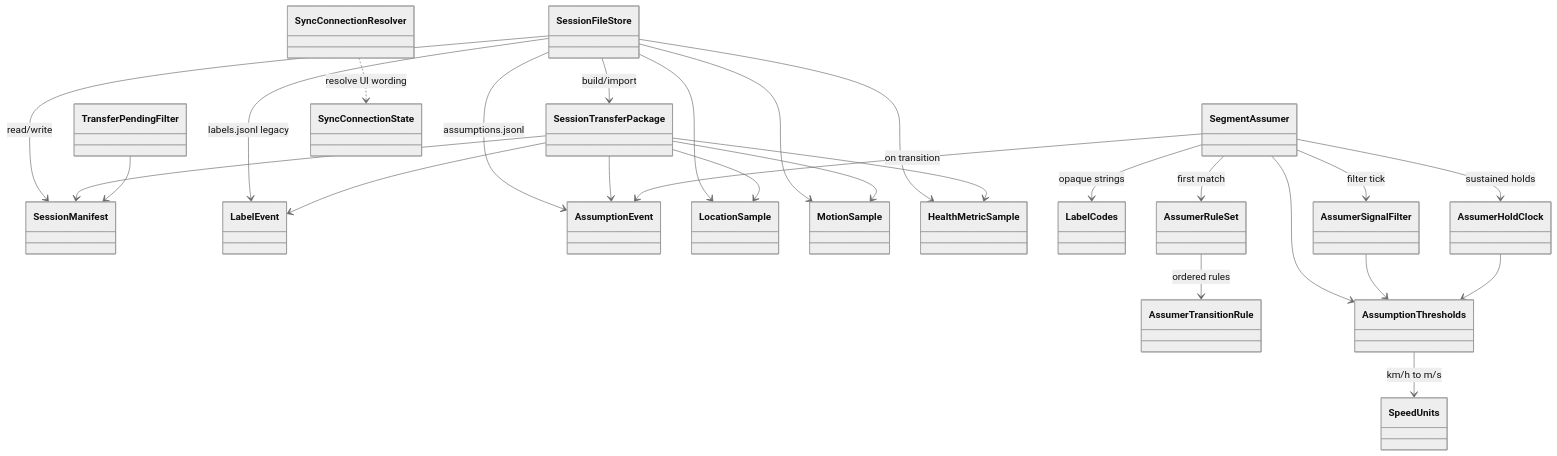
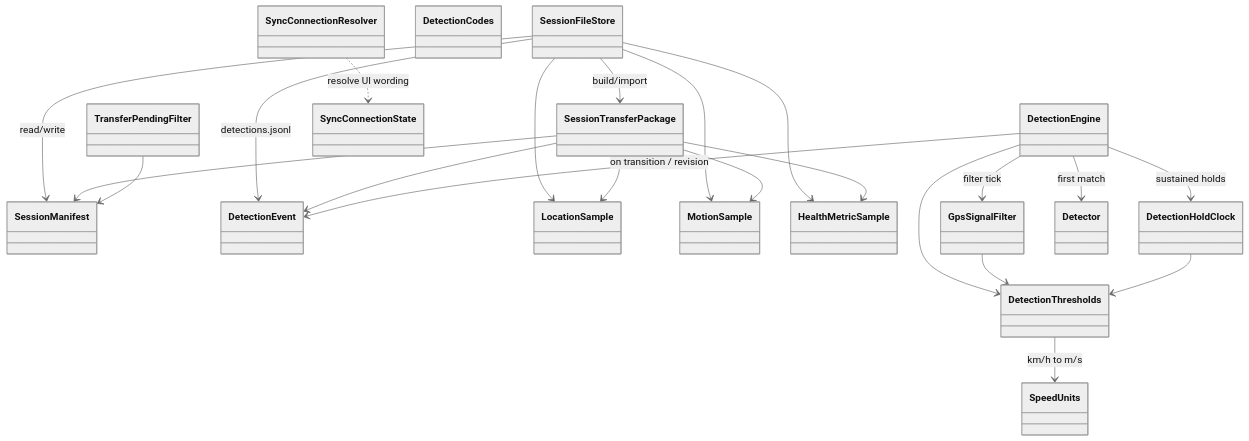
The first of 3 diagrams in RpplCore/DESIGN.md (DCSBL/rppl), drawn with Mermaid (neutral theme) before and after one commit. The commit also changed other lines of this file and 33 other files, not shown here.

````diff
--- a/RpplCore/DESIGN.md
+++ b/RpplCore/DESIGN.md
@@ -9,52 +9,46 @@
 ```mermaid
 classDiagram
   direction TB
 
   class SessionManifest
-  class LabelEvent
-  class AssumptionEvent
+  class DetectionEvent
   class LocationSample
   class MotionSample
   class HealthMetricSample
   class SessionTransferPackage
   class SessionFileStore
-  class LabelCodes
+  class DetectionCodes
   class TransferPendingFilter
   class SyncConnectionResolver
-  class SegmentAssumer
-  class AssumerSignalFilter
-  class AssumerHoldClock
-  class AssumerRuleSet
-  class AssumerTransitionRule
-  class AssumptionThresholds
+  class DetectionEngine
+  class GpsSignalFilter
+  class DetectionHoldClock
+  class Detector
+  class DetectionThresholds
   class SpeedUnits
 
   SessionFileStore --> SessionManifest : read/write
-  SessionFileStore --> LabelEvent : labels.jsonl legacy
-  SessionFileStore --> AssumptionEvent : assumptions.jsonl
+  SessionFileStore --> DetectionEvent : detections.jsonl
   SessionFileStore --> LocationSample
   SessionFileStore --> MotionSample
   SessionFileStore --> HealthMetricSample
   SessionFileStore --> SessionTransferPackage : build/import
 
   SessionTransferPackage --> SessionManifest
-  SessionTransferPackage --> LabelEvent
-  SessionTransferPackage --> AssumptionEvent
+  SessionTransferPackage --> DetectionEvent
   SessionTransferPackage --> LocationSample
   SessionTransferPackage --> MotionSample
   SessionTransferPackage --> HealthMetricSample
 
-  SegmentAssumer --> LabelCodes : opaque strings
-  SegmentAssumer --> AssumerSignalFilter : filter tick
-  SegmentAssumer --> AssumerHoldClock : sustained holds
-  SegmentAssumer --> AssumerRuleSet : first match
-  SegmentAssumer --> AssumptionEvent : on transition
-  SegmentAssumer --> AssumptionThresholds
-  AssumerRuleSet --> AssumerTransitionRule : ordered rules
-  AssumerSignalFilter --> AssumptionThresholds
-  AssumerHoldClock --> AssumptionThresholds
-  AssumptionThresholds --> SpeedUnits : km/h to m/s
+  DetectionEngine --> GpsSignalFilter : filter tick
+  DetectionEngine --> DetectionHoldClock : sustained holds
+  DetectionEngine --> Detector : first match
+  DetectionEngine --> DetectionEvent : on transition / revision
+  DetectionEngine --> DetectionThresholds
+  GpsSignalFilter --> DetectionThresholds
+  DetectionHoldClock --> DetectionThresholds
+  DetectionThresholds --> SpeedUnits : km/h to m/s
 
   SyncConnectionResolver ..> SyncConnectionState : resolve UI wording
   TransferPendingFilter --> SessionManifest
 ```
````
